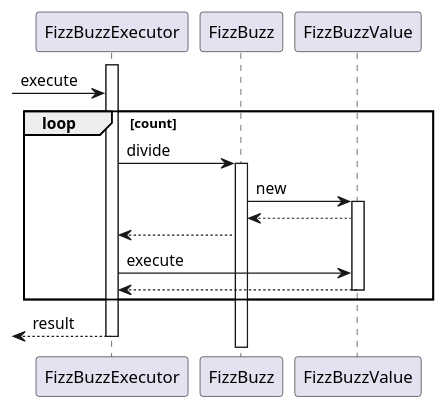
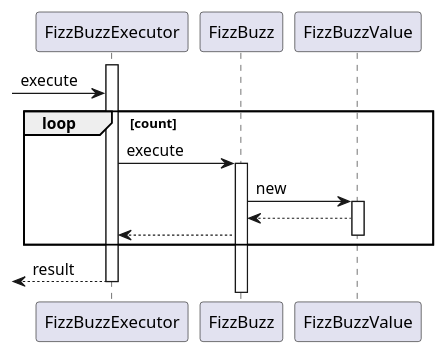
The fourth of 5 diagrams in docs/dev/_fizz_buzz.md (k2works/etude_for_ruby), drawn with PlantUML before and after one commit. The commit also changed other lines of this file and 9 other files, not shown here.

````diff
--- a/docs/dev/_fizz_buzz.md
+++ b/docs/dev/_fizz_buzz.md
@@ -108,20 +103,18 @@
 ```puml
 @startuml
 activate FizzBuzzExecutor
 -> FizzBuzzExecutor :execute
 loop count
-  FizzBuzzExecutor -> FizzBuzz :divide
+  FizzBuzzExecutor -> FizzBuzz :execute
   activate FizzBuzz
     FizzBuzz -> FizzBuzzValue :new  
     activate FizzBuzzValue
       FizzBuzzValue --> FizzBuzz
       FizzBuzzExecutor <-- FizzBuzz
-      FizzBuzzExecutor -> FizzBuzzValue :execute
-      FizzBuzzValue --> FizzBuzzExecutor
     deactivate FizzBuzzValue
   deactivate FizzBuzzValue
 end
 <-- FizzBuzzExecutor :result
 deactivate FizzBuzzExecutor
 @enduml
 ```
````
